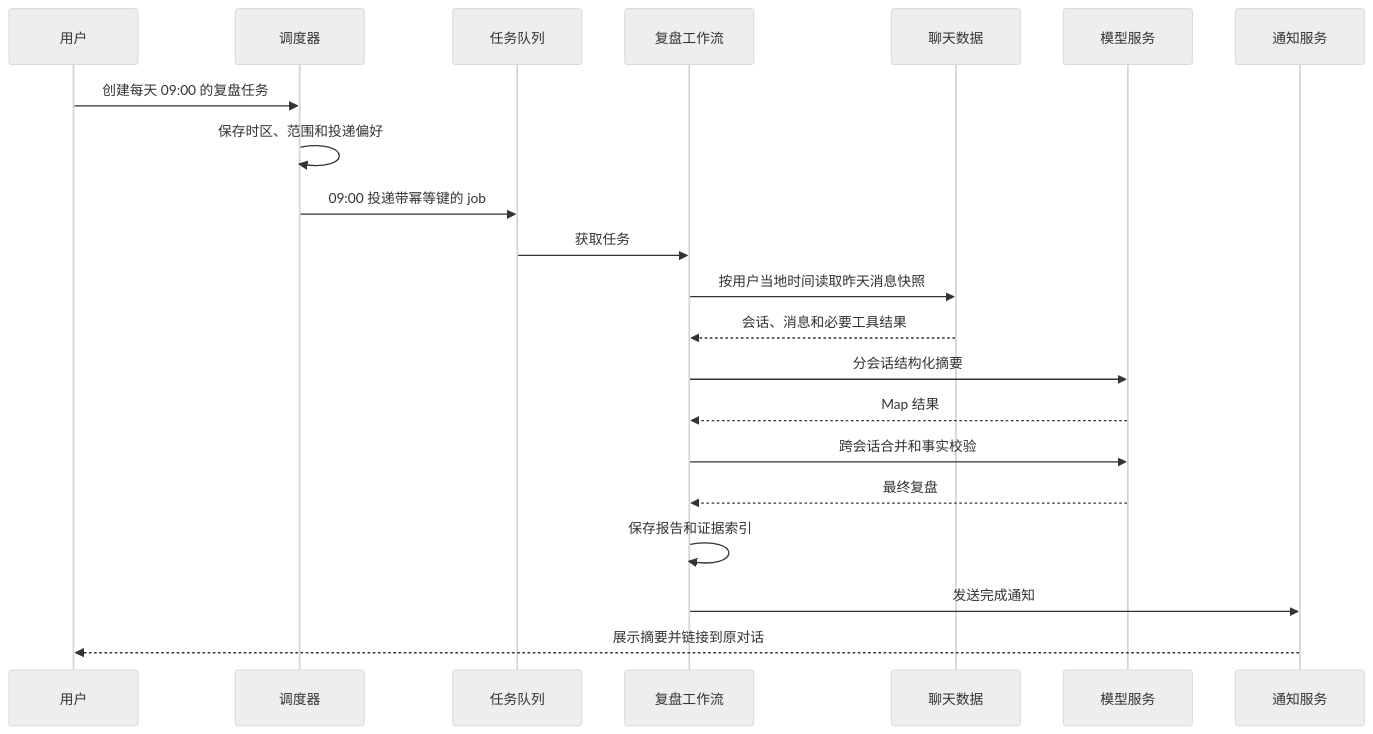
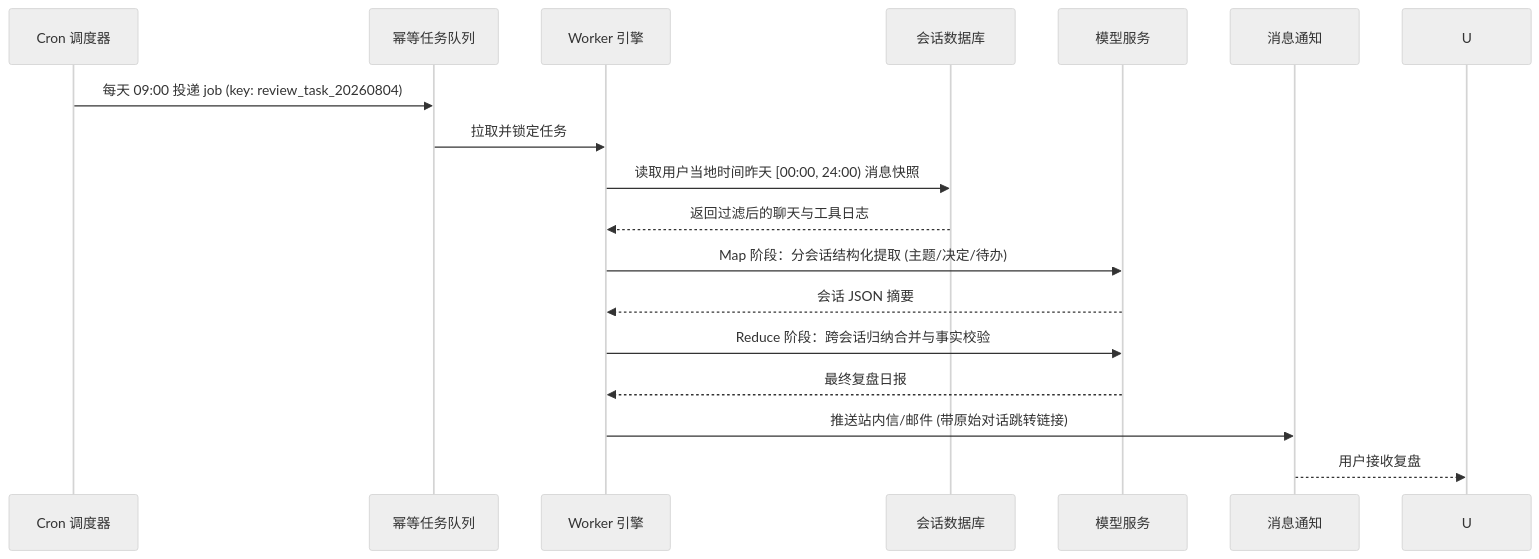
One commit to SakuraCianna/MyAgent changed the third of 4 diagrams in 架构设计题回答.md. Above: the diagram before and after it, drawn with Mermaid (neutral theme). The commit also changed other lines of this file and 4 other files, not shown here.

Commit message:
feat: 实现 ChatGPT 风格输入框图片缩略图预览条，将代码字体限定为 Consolas, 精简架构设计题回答文档

````diff
--- a/架构设计题回答.md
+++ b/架构设计题回答.md
@@ -755,24 +131,20 @@
 ```mermaid
 sequenceDiagram
-    participant U as 用户
-    participant S as 调度器
-    participant Q as 任务队列
-    participant W as 复盘工作流
-    participant D as 聊天数据
-    participant M as 模型服务
-    participant N as 通知服务
+    participant S as Cron 调度器
+    participant Q as 幂等任务队列
+    participant W as Worker 引擎
+    participant DB as 会话数据库
+    participant LLM as 模型服务
+    participant N as 消息通知
 
-    U->>S: 创建每天 09:00 的复盘任务
-    S->>S: 保存时区、范围和投递偏好
-    S->>Q: 09:00 投递带幂等键的 job
-    Q->>W: 获取任务
-    W->>D: 按用户当地时间读取昨天消息快照
-    D-->>W: 会话、消息和必要工具结果
-    W->>M: 分会话结构化摘要
-    M-->>W: Map 结果
-    W->>M: 跨会话合并和事实校验
-    M-->>W: 最终复盘
-    W->>W: 保存报告和证据索引
-    W->>N: 发送完成通知
-    N-->>U: 展示摘要并链接到原对话
+    S->>Q: 每天 09:00 投递 job (key: review_task_20260804)
+    Q->>W: 拉取并锁定任务
+    W->>DB: 读取用户当地时间昨天 [00:00, 24:00) 消息快照
+    DB-->>W: 返回过滤后的聊天与工具日志
+    W->>LLM: Map 阶段：分会话结构化提取 (主题/决定/待办)
+    LLM-->>W: 会话 JSON 摘要
+    W->>LLM: Reduce 阶段：跨会话归纳合并与事实校验
+    LLM-->>W: 最终复盘日报
+    W->>N: 推送站内信/邮件 (带原始对话跳转链接)
+    N-->>U: 用户接收复盘
 ```
````
